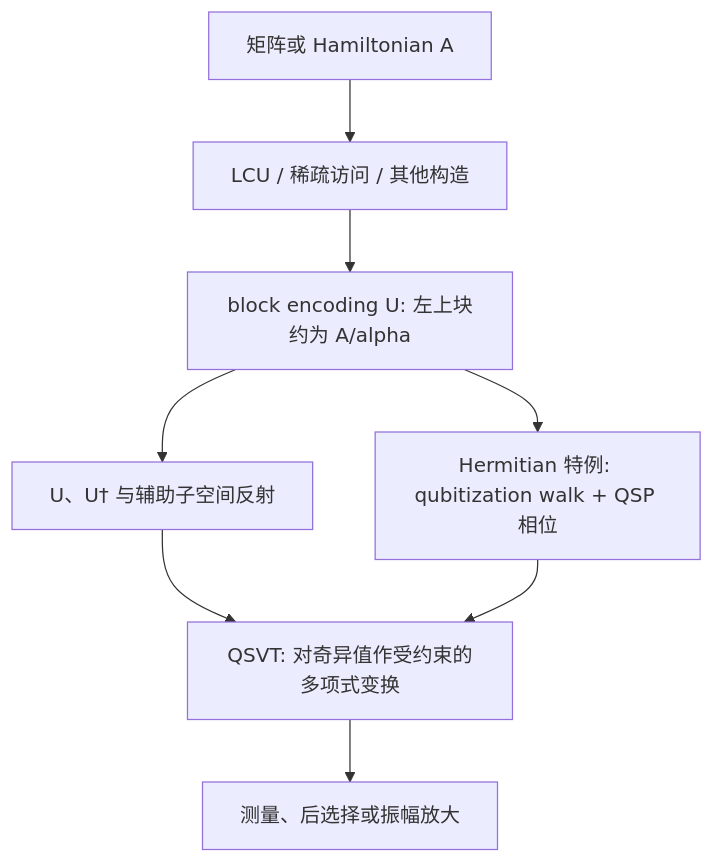
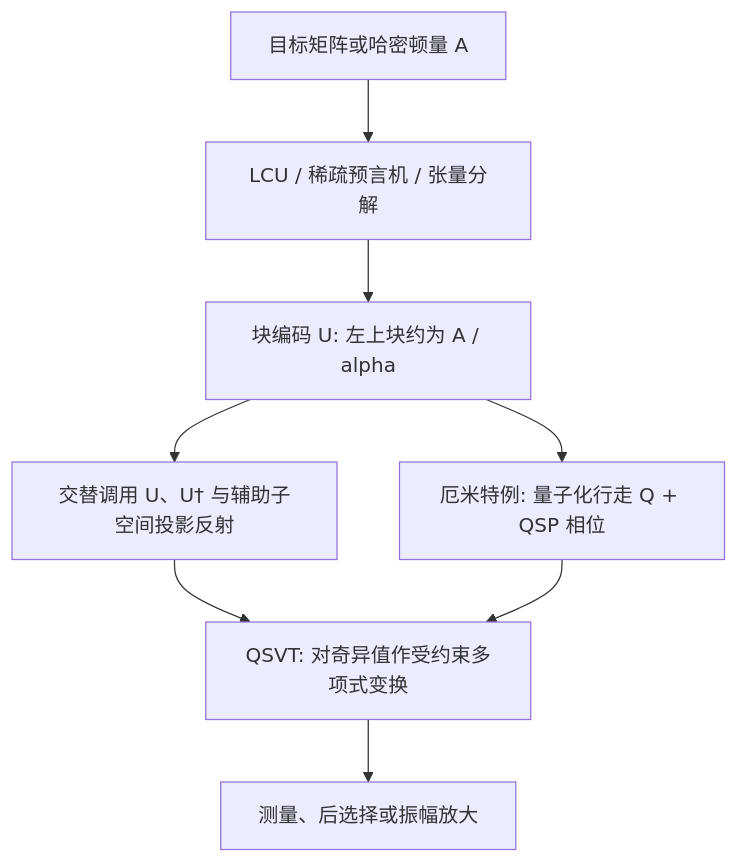
Before and after one commit to nanless/quantum-computing-handbook: the second of 3 diagrams in handbook/16-advanced-algorithms-verification.md, drawn with Mermaid. The commit also changed other lines of this file and 386 other files, not shown here.

````diff
--- a/handbook/16-advanced-algorithms-verification.md
+++ b/handbook/16-advanced-algorithms-verification.md
@@ -565,10 +1123,10 @@
 ```mermaid
 flowchart TD
-  A[矩阵或 Hamiltonian A] --> B[LCU / 稀疏访问 / 其他构造]
-  B --> C[block encoding U: 左上块约为 A/alpha]
-  C --> D["U、U† 与辅助子空间反射"]
-  D --> F["QSVT: 对奇异值作受约束的多项式变换"]
-  C --> E["Hermitian 特例: qubitization walk + QSP 相位"]
+  A["目标矩阵或哈密顿量 A"] --> B["LCU / 稀疏预言机 / 张量分解"]
+  B --> C["块编码 U: 左上块约为 A / alpha"]
+  C --> D["交替调用 U、U† 与辅助子空间投影反射"]
+  D --> F["QSVT: 对奇异值作受约束多项式变换"]
+  C --> E["厄米特例: 量子化行走 Q + QSP 相位"]
   E --> F
-  F --> G[测量、后选择或振幅放大]
+  F --> G["测量、后选择或振幅放大"]
 ```
````
